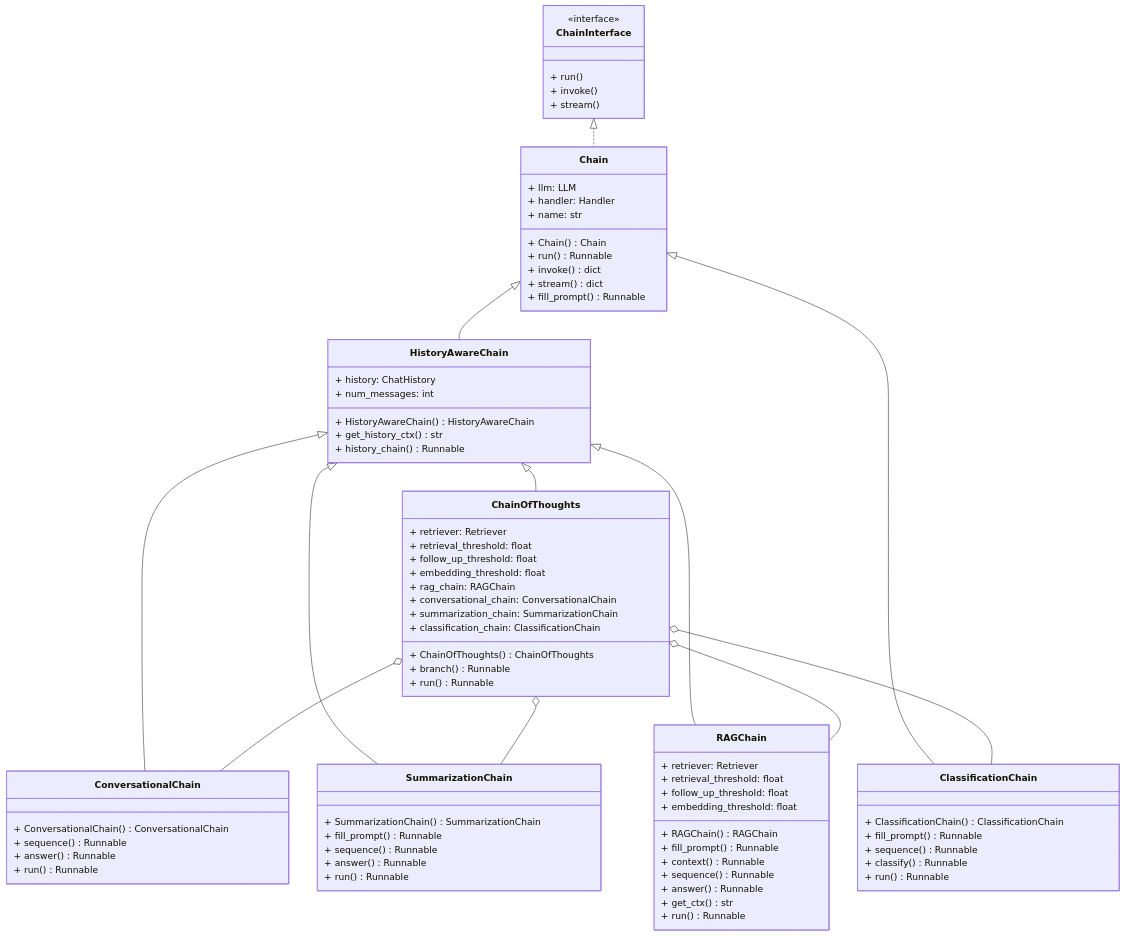
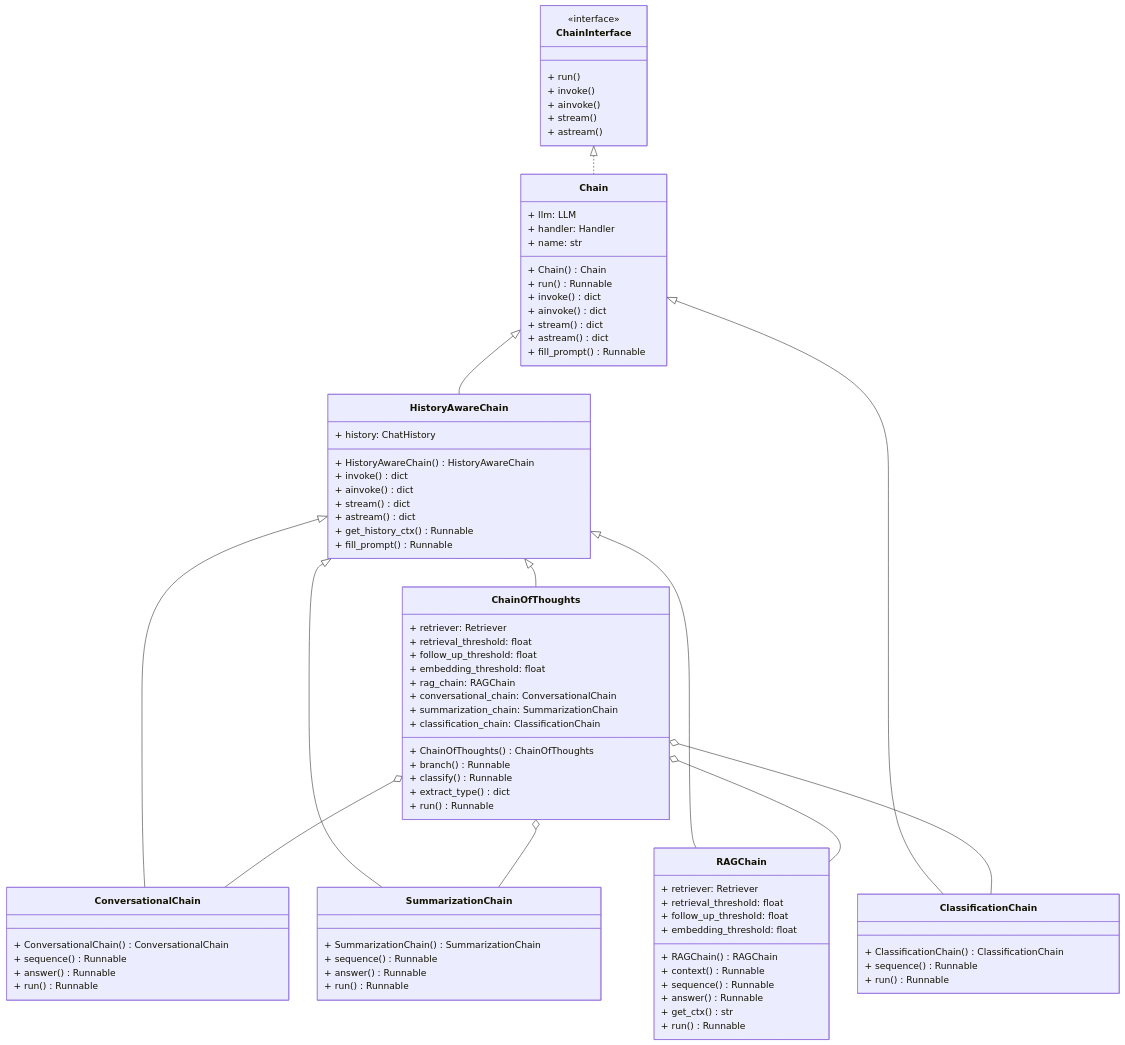
The diagram in README.md (GiuseppeBellamacina/OmniBot), drawn with Mermaid before and after one commit. The commit also changed 6 other files, not shown here.

```diff
--- a/README.md
+++ b/README.md
@@ -23,7 +23,9 @@
         
         + run()
         + invoke()
+        + ainvoke()
         + stream()
+        + astream()
     }
 
     class Chain {
@@ -34,17 +36,22 @@
         + Chain() Chain
         + run() Runnable
         + invoke() dict
+        + ainvoke() dict
         + stream() dict
+        + astream() dict
         + fill_prompt() Runnable
     }
 
     class HistoryAwareChain {
         + history: ChatHistory
-        + num_messages: int
 
         + HistoryAwareChain() HistoryAwareChain
-        + get_history_ctx() str
-        + history_chain() Runnable
+        + invoke() dict
+        + ainvoke() dict
+        + stream() dict
+        + astream() dict
+        + get_history_ctx() Runnable
+        + fill_prompt() Runnable
     }
     
     class ConversationalChain {
@@ -56,15 +63,12 @@
 
     class ClassificationChain {
         + ClassificationChain() ClassificationChain
-        + fill_prompt() Runnable
         + sequence() Runnable
-        + classify() Runnable
         + run() Runnable
     }
 
     class SummarizationChain {
         + SummarizationChain() SummarizationChain
-        + fill_prompt() Runnable
         + sequence() Runnable
         + answer() Runnable
         + run() Runnable
@@ -77,7 +81,6 @@
         + embedding_threshold: float
 
         + RAGChain() RAGChain
-        + fill_prompt() Runnable
         + context() Runnable
         + sequence() Runnable
         + answer() Runnable
@@ -97,6 +100,8 @@
 
         + ChainOfThoughts() ChainOfThoughts
         + branch() Runnable
+        + classify() Runnable
+        + extract_type() dict
         + run() Runnable
     }
 
```
